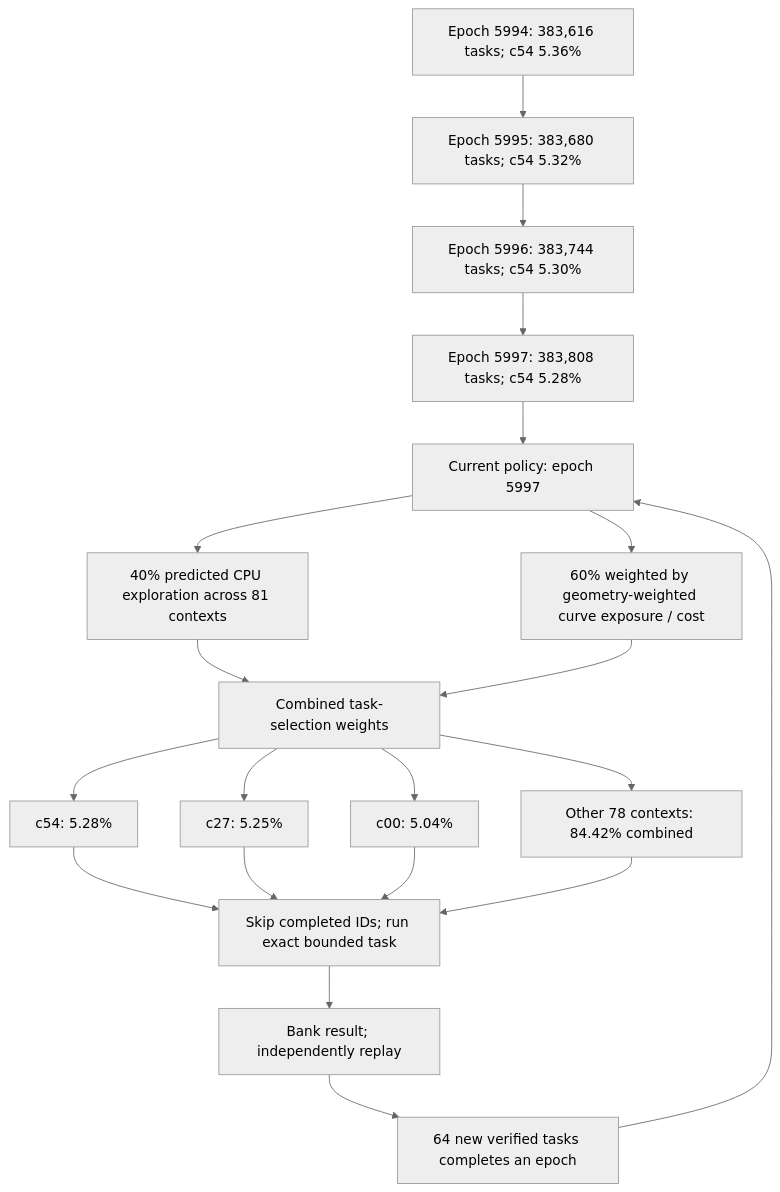
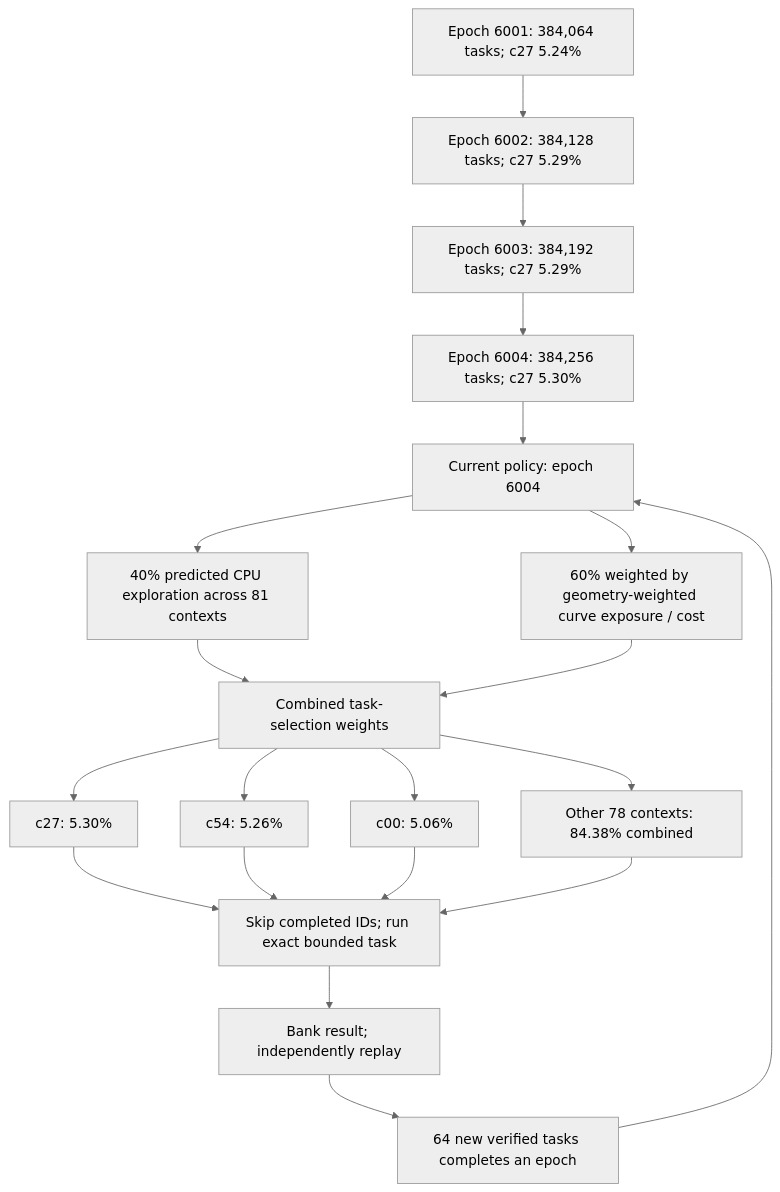
Before and after one commit to Kuberwastaken/math-gambling: the first of 3 diagrams in README.md, drawn with Mermaid (neutral theme). The commit also changed other lines of this file and 2992 other files, not shown here.

````diff
--- a/README.md
+++ b/README.md
@@ -60,27 +60,27 @@
 ```mermaid
 flowchart TD
-    H0["Epoch 5994: 383,616 tasks; c54 5.36%"]
-    H1["Epoch 5995: 383,680 tasks; c54 5.32%"]
+    H0["Epoch 6001: 384,064 tasks; c27 5.24%"]
+    H1["Epoch 6002: 384,128 tasks; c27 5.29%"]
     H0 --> H1
-    H2["Epoch 5996: 383,744 tasks; c54 5.30%"]
+    H2["Epoch 6003: 384,192 tasks; c27 5.29%"]
     H1 --> H2
-    H3["Epoch 5997: 383,808 tasks; c54 5.28%"]
+    H3["Epoch 6004: 384,256 tasks; c27 5.30%"]
     H2 --> H3
-    Policy["Current policy: epoch 5997"]
+    Policy["Current policy: epoch 6004"]
     H3 --> Policy
     Policy --> Explore["40% predicted CPU exploration across 81 contexts"]
     Policy --> Cost["60% weighted by geometry-weighted curve exposure / cost"]
     Explore --> Mix["Combined task-selection weights"]
     Cost --> Mix
-    Mix --> C0["c54: 5.28%"]
-    Mix --> C1["c27: 5.25%"]
-    Mix --> C2["c00: 5.04%"]
-    Mix --> Rest["Other 78 contexts: 84.42% combined"]
+    Mix --> C0["c27: 5.30%"]
+    Mix --> C1["c54: 5.26%"]
+    Mix --> C2["c00: 5.06%"]
+    Mix --> Rest["Other 78 contexts: 84.38% combined"]
     C0 --> Check["Skip completed IDs; run exact bounded task"]
     C1 --> Check
     C2 --> Check
     Rest --> Check
     Check --> Replay["Bank result; independently replay"]
     Replay --> Gate["64 new verified tasks completes an epoch"]
     Gate --> Policy
 ```
````
